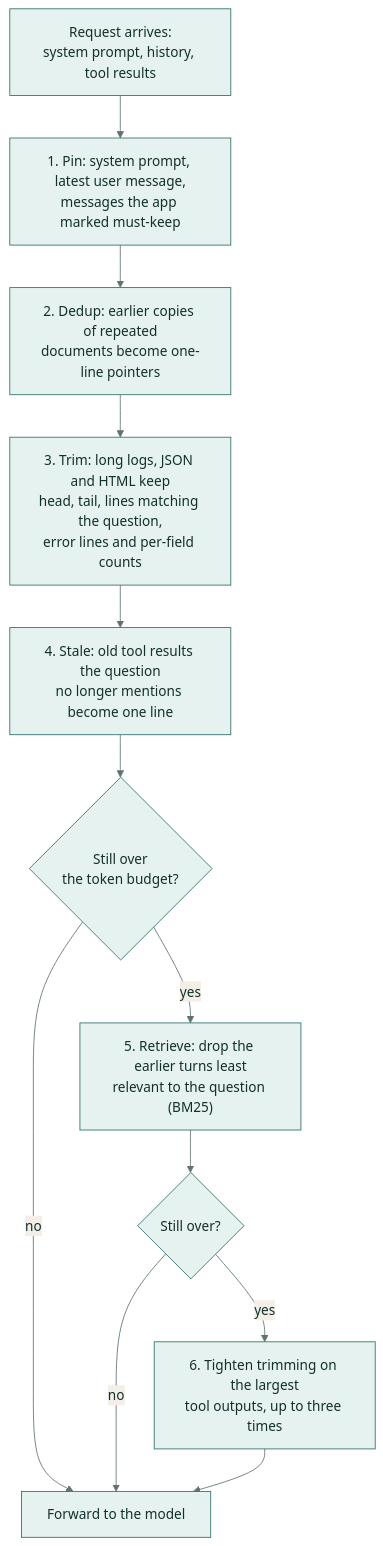
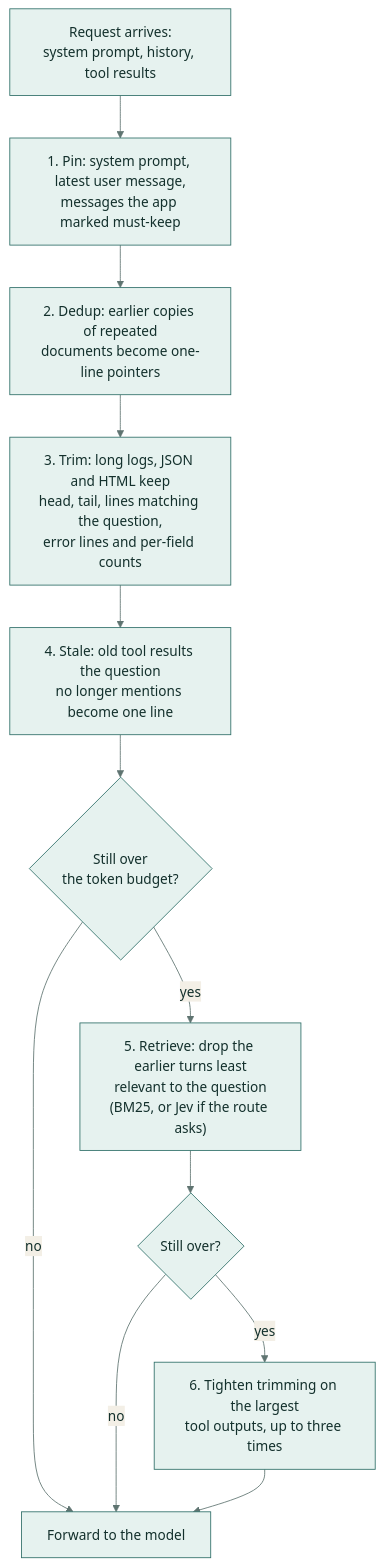
One commit to samiulhuda360/context-budget changed the second of 3 diagrams in README.md. Above: the diagram before and after it, drawn with Mermaid. The commit also changed other lines of this file and 166 other files, not shown here.

First line of the commit message:
Add Jev relevance: let TypeSafe's Jev model choose which earlier turns to keep, with a BM25 fallback

````diff
--- a/README.md
+++ b/README.md
@@ -162,15 +216,15 @@
 ```mermaid
 %%{init: {"theme": "base", "themeVariables": {"primaryColor": "#e6f2ef", "primaryBorderColor": "#2f6f68", "primaryTextColor": "#13302c", "lineColor": "#5f7471", "secondaryColor": "#f3efe6", "tertiaryColor": "#f7f8f6"}}}%%
 flowchart TD
     A["Request arrives:<br/>system prompt, history, tool results"] --> P["1. Pin: system prompt, latest user message,<br/>messages the app marked must-keep"]
     P --> D["2. Dedup: earlier copies of repeated<br/>documents become one-line pointers"]
     D --> T["3. Trim: long logs, JSON and HTML keep<br/>head, tail, lines matching the question,<br/>error lines and per-field counts"]
     T --> S["4. Stale: old tool results the question<br/>no longer mentions become one line"]
     S --> B{"Still over<br/>the token budget?"}
     B -- no --> F["Forward to the model"]
-    B -- yes --> R["5. Retrieve: drop the earlier turns least<br/>relevant to the question (BM25)"]
+    B -- yes --> R["5. Retrieve: drop the earlier turns least<br/>relevant to the question<br/>(BM25, or Jev if the route asks)"]
     R --> B2{"Still over?"}
     B2 -- no --> F
     B2 -- yes --> X["6. Tighten trimming on the largest<br/>tool outputs, up to three times"]
     X --> F
 ```
````
